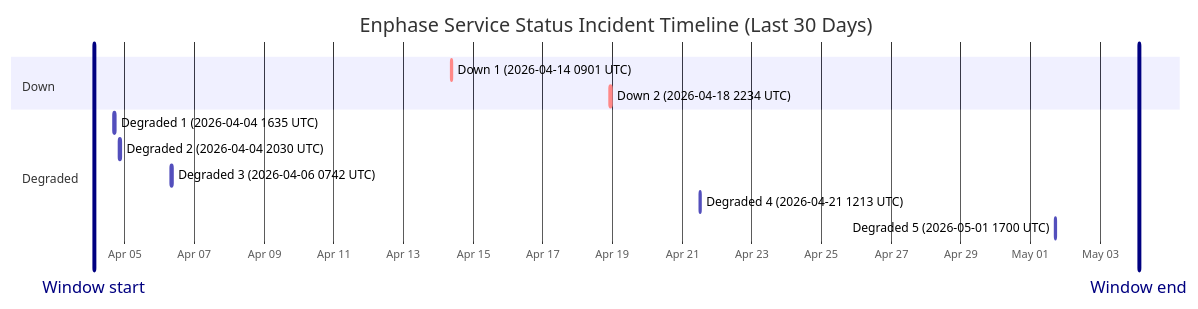
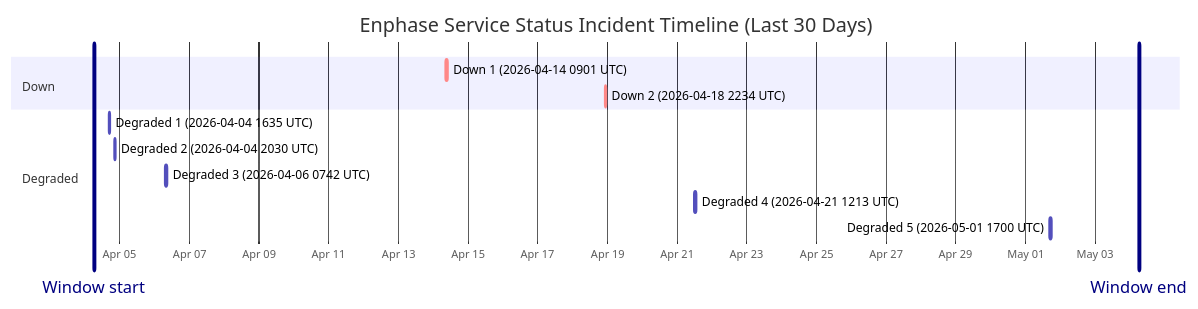
One commit to barneyonline/ha-enphase-ev-charger changed the diagram in wiki/Service-Status-History.md. Above: the diagram before and after it, drawn with Mermaid. The commit also changed other lines of this file and 3 other files, not shown here.

````diff
--- a/wiki/Service-Status-History.md
+++ b/wiki/Service-Status-History.md
@@ -14,17 +14,17 @@
 ```mermaid
 gantt
     title Enphase Service Status Incident Timeline (Last 30 Days)
     dateFormat  YYYY-MM-DDTHH:mm:ss
     axisFormat  %b %d
-    Window start :vert, window-start, 2026-04-04T02:46:17, 0ms
-    Window end :vert, window-end, 2026-05-04T02:46:17, 0ms
+    Window start :vert, window-start, 2026-04-04T06:12:26, 0ms
+    Window end :vert, window-end, 2026-05-04T06:12:26, 0ms
     section Down
     Down 1 (2026-04-14 0901 UTC) :crit, down-1, 2026-04-14T09:01:13, 60m
     Down 2 (2026-04-18 2234 UTC) :crit, down-2, 2026-04-18T22:34:13, 60m
     section Degraded
     Degraded 1 (2026-04-04 1635 UTC) :active, degraded-1, 2026-04-04T16:35:17, 60m
     Degraded 2 (2026-04-04 2030 UTC) :active, degraded-2, 2026-04-04T20:30:40, 60m
     Degraded 3 (2026-04-06 0742 UTC) :active, degraded-3, 2026-04-06T07:42:09, 85m
     Degraded 4 (2026-04-21 1213 UTC) :active, degraded-4, 2026-04-21T12:13:11, 60m
     Degraded 5 (2026-05-01 1700 UTC) :active, degraded-5, 2026-05-01T17:00:22, 60m
 ```
````
